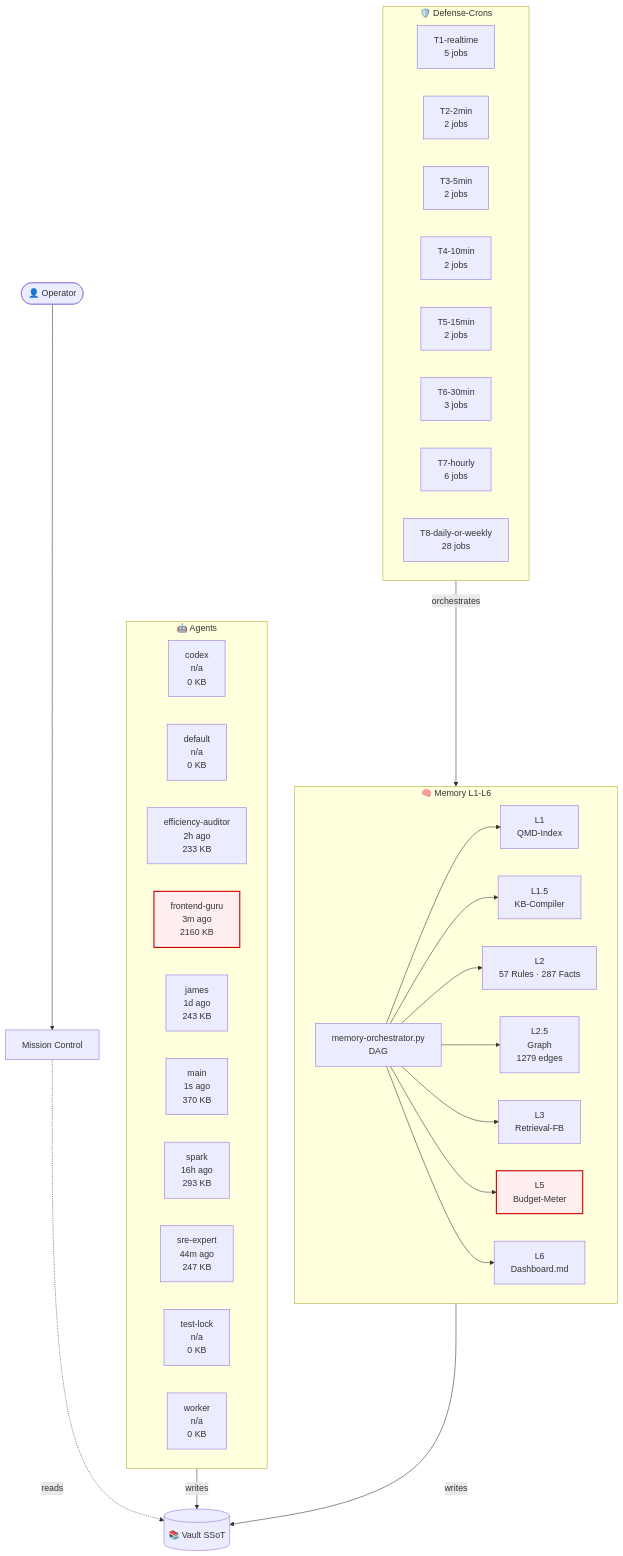
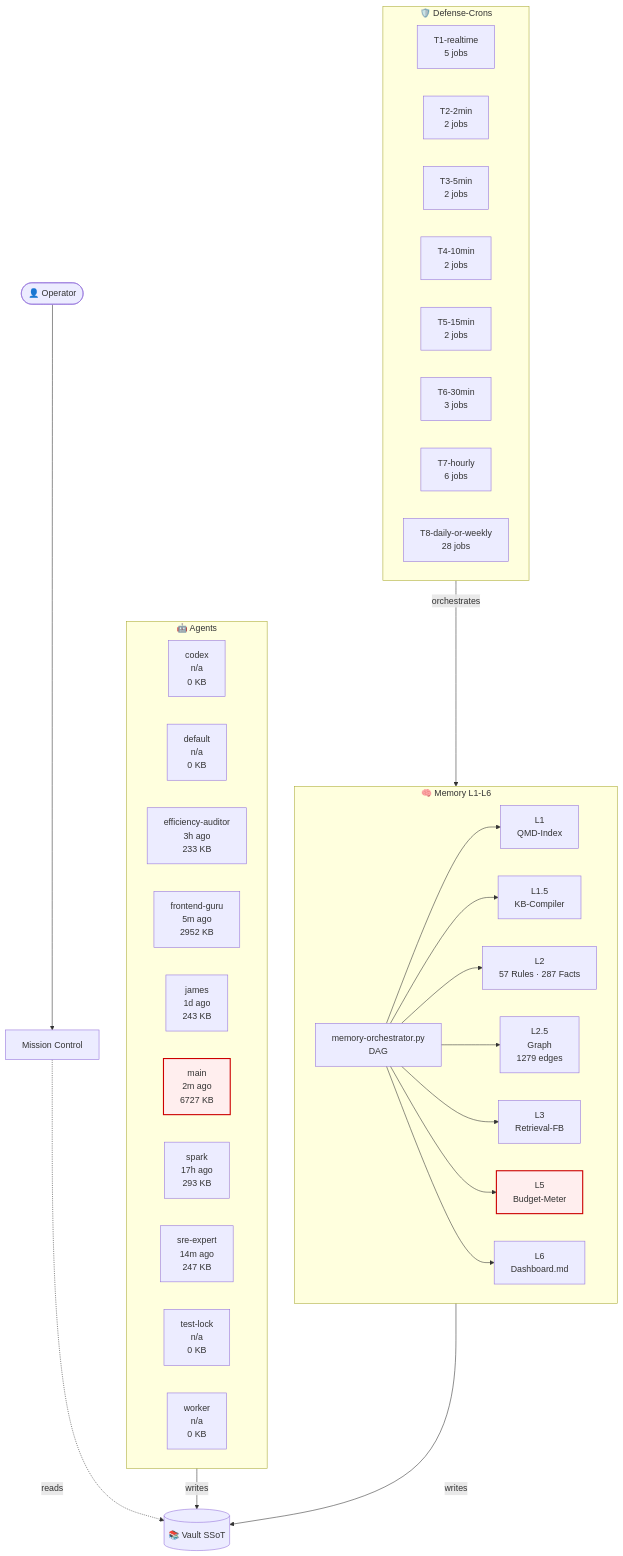
Before and after one commit to lenardhuebner88-rgb/openclaw-memory: the diagram in 03-Agents/architecture-live.md, drawn with Mermaid. The commit also changed other lines of this file and 5 other files, not shown here.

````diff
--- a/03-Agents/architecture-live.md
+++ b/03-Agents/architecture-live.md
@@ -18,53 +18,53 @@
 ```mermaid
 flowchart TB
     classDef critical fill:#fee,stroke:#c00,stroke-width:2px;
     subgraph AGT["🤖 Agents"]
         agent_codex["codex<br/>n/a<br/>0 KB"]
         agent_default["default<br/>n/a<br/>0 KB"]
-        agent_efficiency_auditor["efficiency-auditor<br/>2h ago<br/>233 KB"]
-        agent_frontend_guru["frontend-guru<br/>3m ago<br/>2160 KB"]
+        agent_efficiency_auditor["efficiency-auditor<br/>3h ago<br/>233 KB"]
+        agent_frontend_guru["frontend-guru<br/>5m ago<br/>2952 KB"]
         agent_james["james<br/>1d ago<br/>243 KB"]
-        agent_main["main<br/>1s ago<br/>370 KB"]
-        agent_spark["spark<br/>16h ago<br/>293 KB"]
-        agent_sre_expert["sre-expert<br/>44m ago<br/>247 KB"]
+        agent_main["main<br/>2m ago<br/>6727 KB"]
+        agent_spark["spark<br/>17h ago<br/>293 KB"]
+        agent_sre_expert["sre-expert<br/>14m ago<br/>247 KB"]
         agent_test_lock["test-lock<br/>n/a<br/>0 KB"]
         agent_worker["worker<br/>n/a<br/>0 KB"]
     end
     subgraph MEM["🧠 Memory L1-L6"]
         L1["L1<br/>QMD-Index"]
         L15["L1.5<br/>KB-Compiler"]
         L2["L2<br/>57 Rules · 287 Facts"]
         L25["L2.5<br/>Graph<br/>1279 edges"]
         L3["L3<br/>Retrieval-FB"]
         L5["L5<br/>Budget-Meter"]
         L6["L6<br/>Dashboard.md"]
         ORCH["memory-orchestrator.py<br/>DAG"]
     end
     subgraph CRN["🛡️ Defense-Crons"]
         tier_T1_realtime["T1-realtime<br/>5 jobs"]
         tier_T2_2min["T2-2min<br/>2 jobs"]
         tier_T3_5min["T3-5min<br/>2 jobs"]
         tier_T4_10min["T4-10min<br/>2 jobs"]
         tier_T5_15min["T5-15min<br/>2 jobs"]
         tier_T6_30min["T6-30min<br/>3 jobs"]
         tier_T7_hourly["T7-hourly<br/>6 jobs"]
         tier_T8_daily_or_weekly["T8-daily-or-weekly<br/>28 jobs"]
     end
     VAULT[("📚 Vault SSoT")]
     OP([👤 Operator])
     MC["Mission Control"]
     OP --> MC
     MC -.reads.-> VAULT
     AGT -->|writes| VAULT
     MEM -->|writes| VAULT
     ORCH --> L1
     ORCH --> L15
     ORCH --> L2
     ORCH --> L25
     ORCH --> L3
     ORCH --> L5
     ORCH --> L6
     CRN -->|orchestrates| MEM
     class L5 critical
-    class agent_frontend_guru critical
+    class agent_main critical
 ```
````
